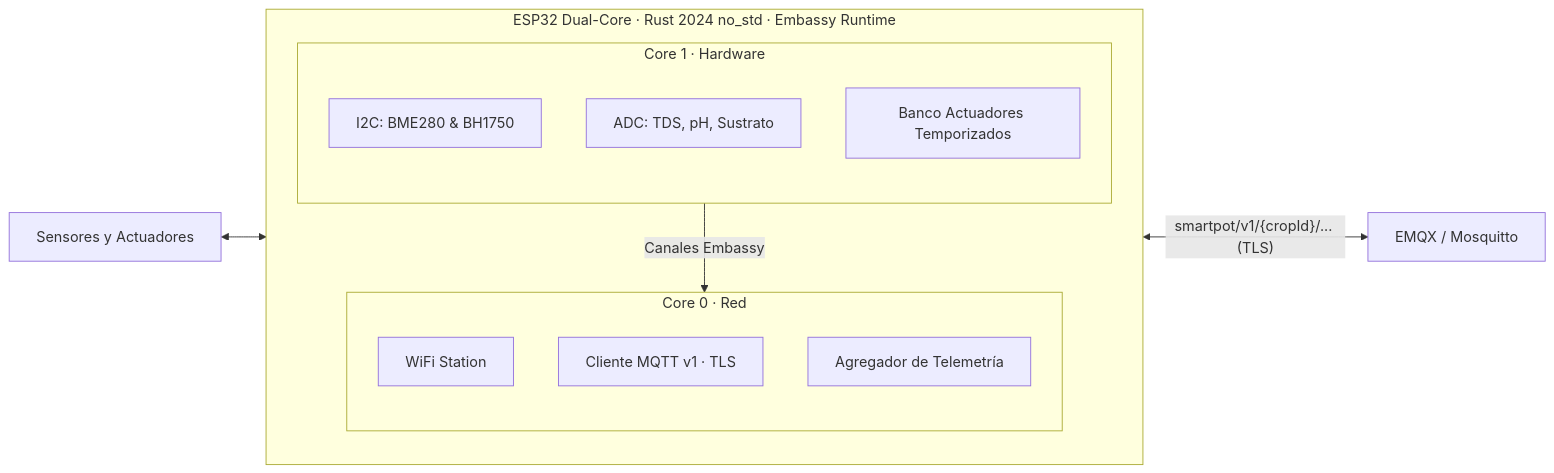
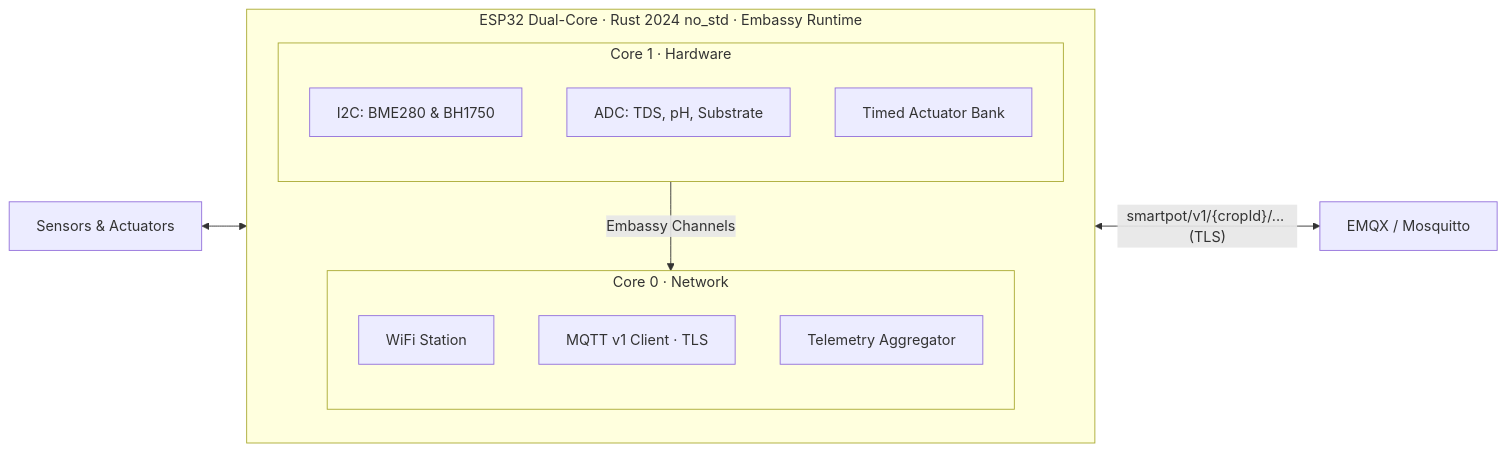
The diagram in README.md (SmartPotTech/SmartPot-IoT), drawn with Mermaid before and after one commit. The commit also changed other lines of this file and 1 other file, not shown here.

````diff
--- a/README.md
+++ b/README.md
@@ -13,21 +17,21 @@
 ```mermaid
 flowchart LR
   subgraph esp["ESP32 Dual-Core · Rust 2024 no_std · Embassy Runtime"]
     direction TB
-    subgraph core0["Core 0 · Red"]
+    subgraph core0["Core 0 · Network"]
       direction TB
       wifi["WiFi Station"]
-      mqtt["Cliente MQTT v1 · TLS"]
-      telem["Agregador de Telemetría"]
+      mqtt["MQTT v1 Client · TLS"]
+      telem["Telemetry Aggregator"]
     end
     subgraph core1["Core 1 · Hardware"]
       direction TB
       i2c["I2C: BME280 & BH1750"]
-      adc["ADC: TDS, pH, Sustrato"]
-      act["Banco Actuadores Temporizados"]
+      adc["ADC: TDS, pH, Substrate"]
+      act["Timed Actuator Bank"]
     end
-    core1 -->|"Canales Embassy"| core0
+    core1 -->|"Embassy Channels"| core0
   end
-  hw["Sensores y Actuadores"] <--> esp
+  hw["Sensors & Actuators"] <--> esp
   esp <-->|"smartpot/v1/{cropId}/... (TLS)"| broker["EMQX / Mosquitto"]
 ```
````
